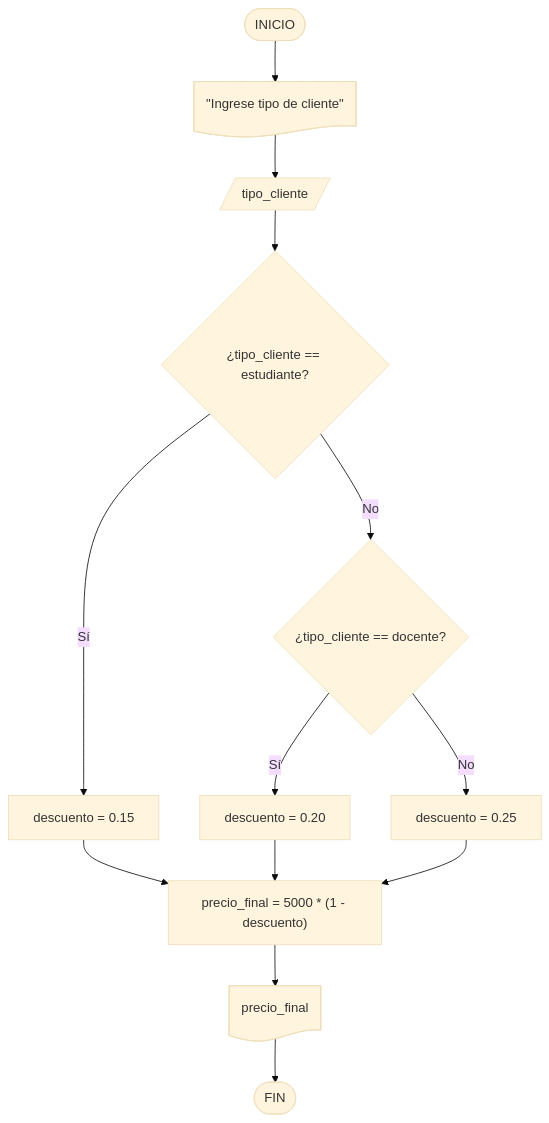
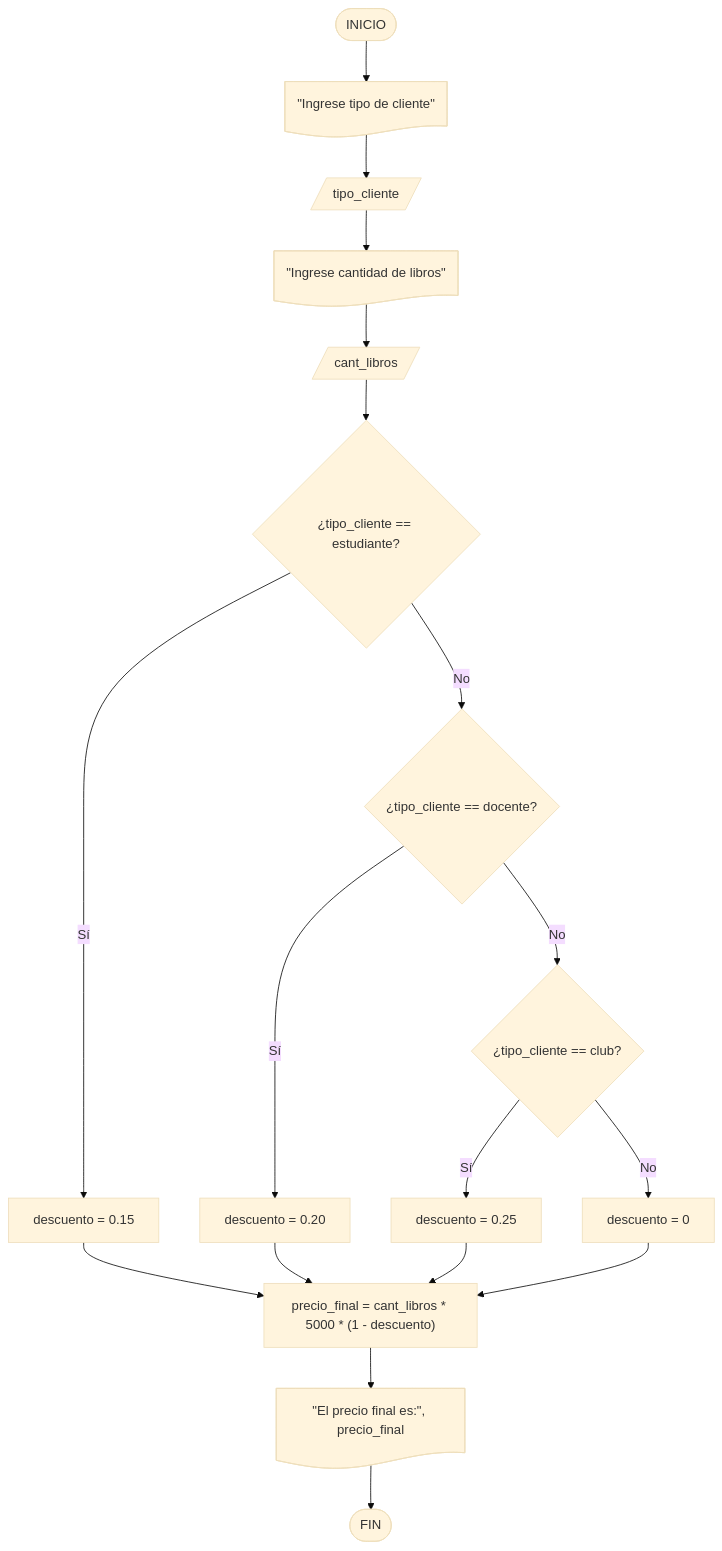
One commit to BenjaminSerrano/principios-programacion changed the eighth of 10 diagrams in docs/core/introduction/flowcharts.md. Above: the diagram before and after it, drawn with Mermaid (base theme). The commit also changed other lines of this file and 1 other file, not shown here.

First line of the commit message:
Corregir diagramas de flujo: símbolos y operadores

````diff
--- a/docs/core/introduction/flowcharts.md
+++ b/docs/core/introduction/flowcharts.md
@@ -350,15 +350,20 @@
     ``` mermaid
     flowchart TD
         A([INICIO]) --> B@{ shape: doc, label: "\"Ingrese tipo de cliente\"" }
         B --> C[/tipo_cliente/]
-        C --> D{"¿tipo_cliente == estudiante?"}
+        C --> B2@{ shape: doc, label: "\"Ingrese cantidad de libros\"" }
+        B2 --> C2[/cant_libros/]
+        C2 --> D{"¿tipo_cliente == estudiante?"}
         D -->|Sí| E["descuento = 0.15"]
         D -->|No| F{"¿tipo_cliente == docente?"}
         F -->|Sí| G["descuento = 0.20"]
-        F -->|No| H["descuento = 0.25"]
-        E --> I["precio_final = 5000 * (1 - descuento)"]
-        G --> I
-        H --> I
-        I --> J@{ shape: doc, label: "precio_final" }
-        J --> K([FIN])
+        F -->|No| H{"¿tipo_cliente == club?"}
+        H -->|Sí| I["descuento = 0.25"]
+        H -->|No| J["descuento = 0"]
+        E --> K["precio_final = cant_libros * 5000 * (1 - descuento)"]
+        G --> K
+        I --> K
+        J --> K
+        K --> L@{ shape: doc, label: "\"El precio final es:\", precio_final" }
+        L --> M([FIN])
     ```
````
